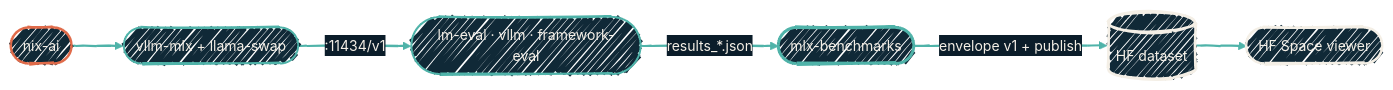
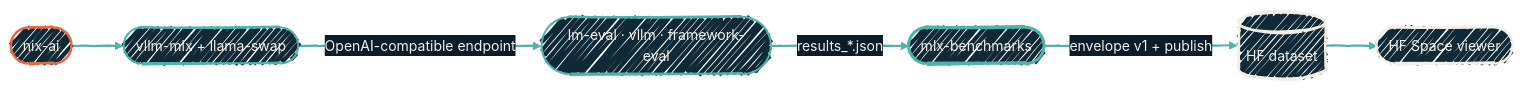
Before and after one commit to dryvist/docs: the diagram in tools/mlx-benchmarks.mdx, drawn with Mermaid. The commit also changed other lines of this file and 3 other files, not shown here.

````diff
--- a/tools/mlx-benchmarks.mdx
+++ b/tools/mlx-benchmarks.mdx
@@ -71,29 +71,29 @@
 ```mermaid
 %%{init:
   {'theme':'base','look':'handDrawn','themeVariables':{'fontFamily':'Geist','fontSize':'14px','primaryColor':'#102937','primaryTextColor':'#F4EFE6','primaryBorderColor':'#4FB3A9','lineColor':'#4FB3A9','secondaryColor':'#0B1D2A','tertiaryColor':'#1A2A38','clusterBkg':'rgba(79,179,169,0.08)','clusterBorder':'#4FB3A9'}}}%%
   flowchart LR
   NixAI([nix-ai])
   Serve([vllm-mlx + llama-swap])
   Eval([lm-eval · vllm · framework-eval])
   Bench([mlx-benchmarks])
   Dataset[("HF dataset")]
   Viewer([HF Space viewer])
 
   NixAI --> Serve
-  Serve -->|":11434/v1"| Eval
+  Serve -->|"OpenAI-compatible endpoint"| Eval
   Eval -->|"results_*.json"| Bench
   Bench -->|"envelope v1 + publish"| Dataset
   Dataset --> Viewer
 
   classDef source fill:#102937,stroke:#E06B4A,stroke-width:2.5px,color:#F4EFE6;
   classDef stack  fill:#102937,stroke:#4FB3A9,stroke-width:2px,color:#F4EFE6;
   classDef core   fill:#102937,stroke:#4FB3A9,stroke-width:3px,color:#F4EFE6;
   classDef sink   fill:#102937,stroke:#F4EFE6,stroke-width:2.5px,color:#F4EFE6;
 
   class NixAI source
   class Serve,Eval stack
   class Bench core
   class Dataset,Viewer sink
 
   linkStyle 0,1,2,3,4 stroke:#4FB3A9,stroke-width:2px;
 ```
````
